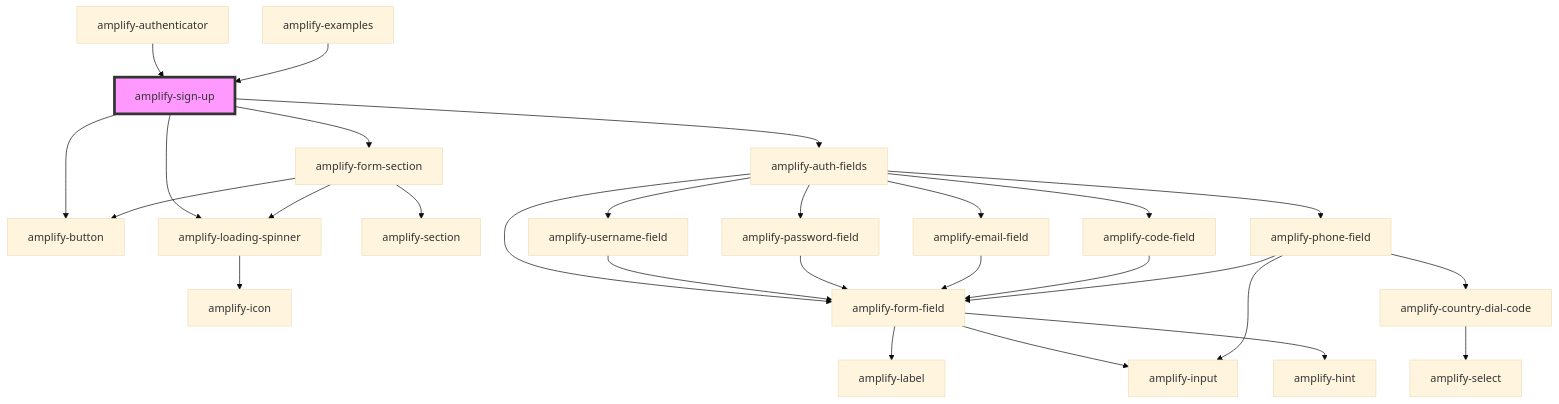
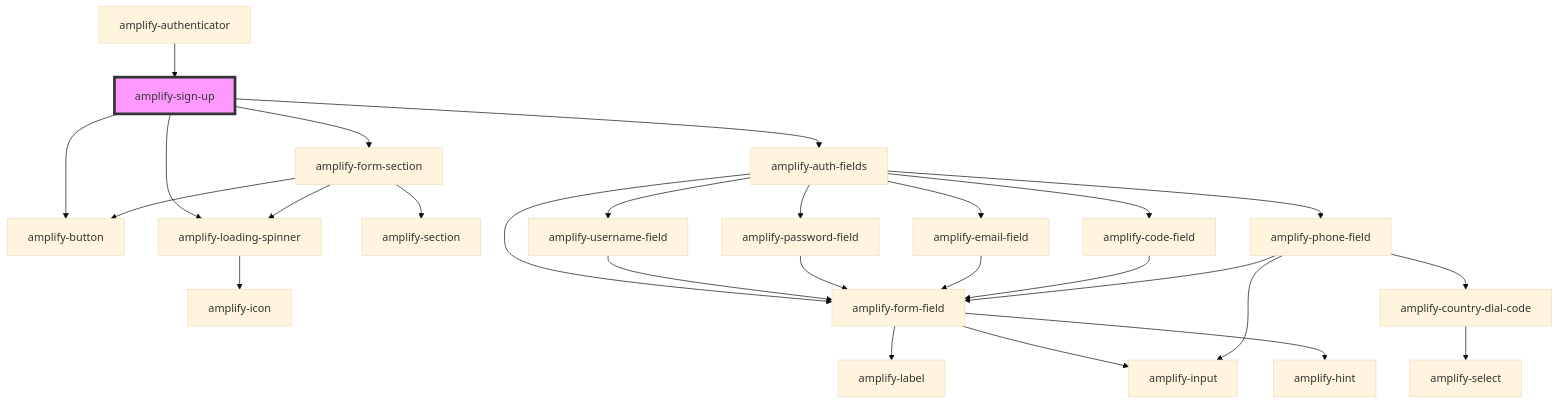
The diagram in packages/amplify-ui-components/src/components/amplify-sign-up/readme.md (OneDev0411/amplify-js), drawn with Mermaid (base theme) before and after one commit. The commit also changed other lines of this file and 34 other files, not shown here.

````diff
--- a/packages/amplify-ui-components/src/components/amplify-sign-up/readme.md
+++ b/packages/amplify-ui-components/src/components/amplify-sign-up/readme.md
@@ -36,31 +35,30 @@
 ```mermaid
 graph TD;
   amplify-sign-up --> amplify-form-section
   amplify-sign-up --> amplify-auth-fields
   amplify-sign-up --> amplify-button
   amplify-sign-up --> amplify-loading-spinner
   amplify-form-section --> amplify-section
   amplify-form-section --> amplify-button
   amplify-form-section --> amplify-loading-spinner
   amplify-loading-spinner --> amplify-icon
   amplify-auth-fields --> amplify-username-field
   amplify-auth-fields --> amplify-password-field
   amplify-auth-fields --> amplify-email-field
   amplify-auth-fields --> amplify-code-field
   amplify-auth-fields --> amplify-phone-field
   amplify-auth-fields --> amplify-form-field
   amplify-username-field --> amplify-form-field
   amplify-form-field --> amplify-label
   amplify-form-field --> amplify-input
   amplify-form-field --> amplify-hint
   amplify-password-field --> amplify-form-field
   amplify-email-field --> amplify-form-field
   amplify-code-field --> amplify-form-field
   amplify-phone-field --> amplify-form-field
   amplify-phone-field --> amplify-country-dial-code
   amplify-phone-field --> amplify-input
   amplify-country-dial-code --> amplify-select
   amplify-authenticator --> amplify-sign-up
-  amplify-examples --> amplify-sign-up
   style amplify-sign-up fill:#f9f,stroke:#333,stroke-width:4px
 ```
````
